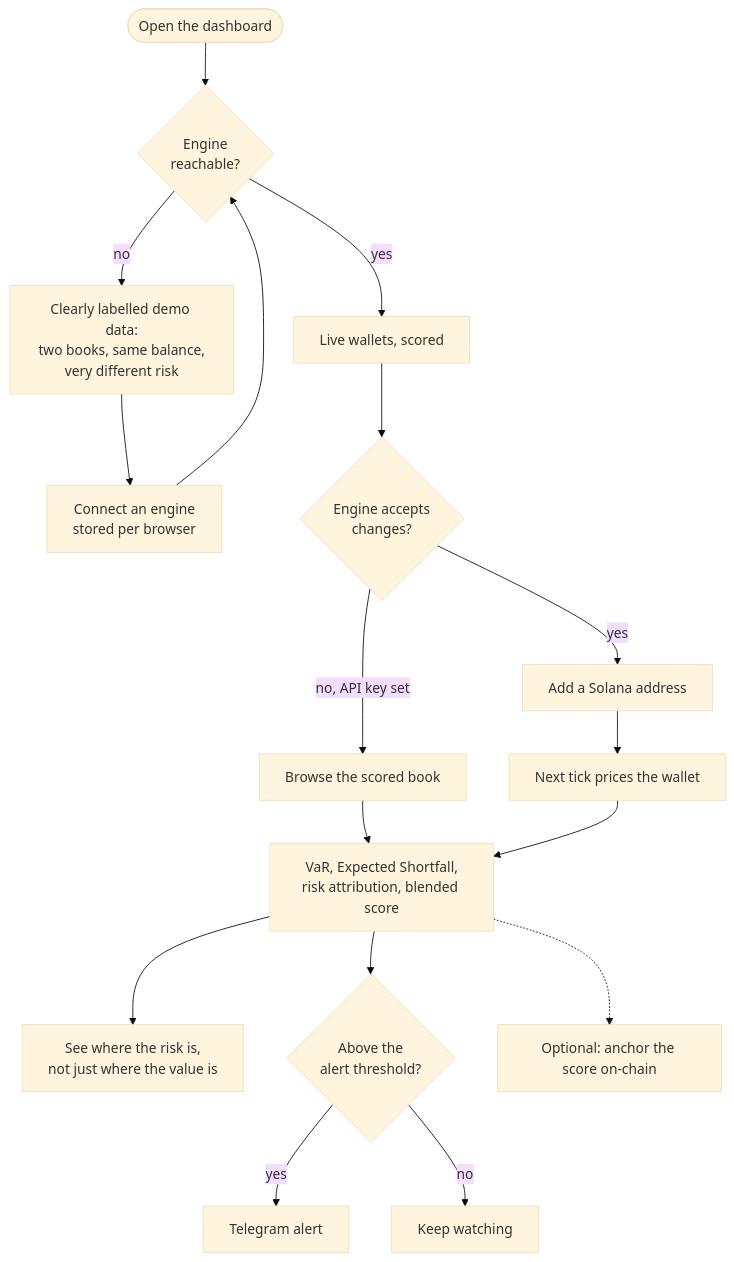
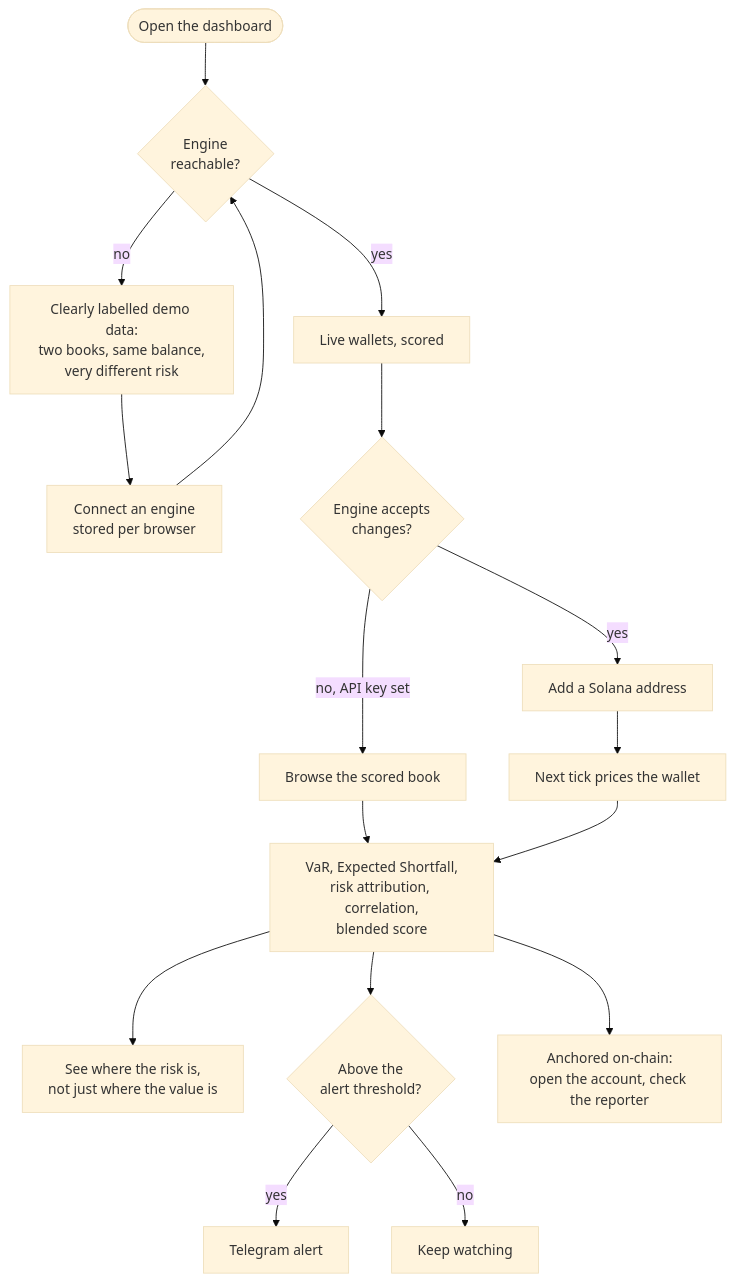
The third of 3 diagrams in README.md (Abhist17/sentra), drawn with Mermaid (base theme) before and after one commit. The commit also changed other lines of this file and 4 other files, not shown here.

````diff
--- a/README.md
+++ b/README.md
@@ -353,23 +497,23 @@
 ```mermaid
 flowchart TD
     START(["Open the dashboard"]) --> CHECK{"Engine<br/>reachable?"}
 
     CHECK -- no --> DEMO["Clearly labelled demo data:<br/>two books, same balance,<br/>very different risk"]
     DEMO --> CONNECT["Connect an engine<br/>stored per browser"]
     CONNECT --> CHECK
 
     CHECK -- yes --> LIVE["Live wallets, scored"]
     LIVE --> RO{"Engine accepts<br/>changes?"}
     RO -- "no, API key set" --> BROWSE["Browse the scored book"]
     RO -- yes --> ADD["Add a Solana address"]
 
     ADD --> TICK["Next tick prices the wallet"]
     BROWSE --> SCORE
-    TICK --> SCORE["VaR, Expected Shortfall,<br/>risk attribution, blended score"]
+    TICK --> SCORE["VaR, Expected Shortfall,<br/>risk attribution, correlation,<br/>blended score"]
 
     SCORE --> READ["See where the risk is,<br/>not just where the value is"]
     SCORE --> ALERT{"Above the<br/>alert threshold?"}
     ALERT -- yes --> TG["Telegram alert"]
     ALERT -- no --> WATCH["Keep watching"]
-    SCORE -.-> SNAP["Optional: anchor the score on-chain"]
+    SCORE --> SNAP["Anchored on-chain:<br/>open the account, check the reporter"]
 ```
````
